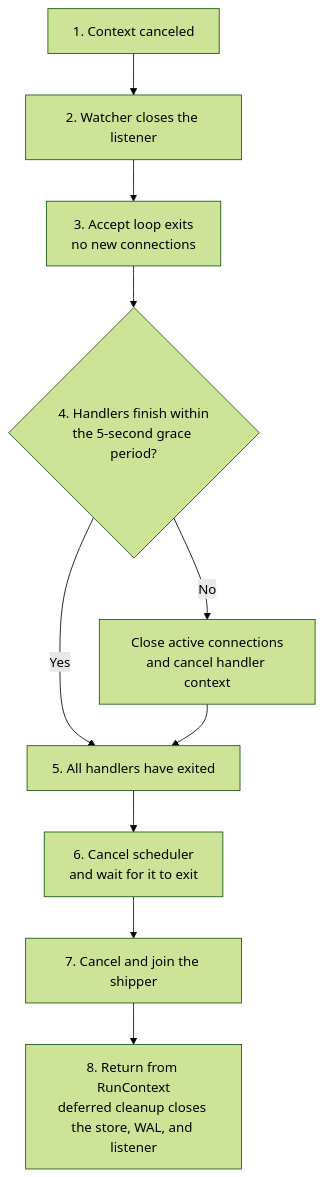
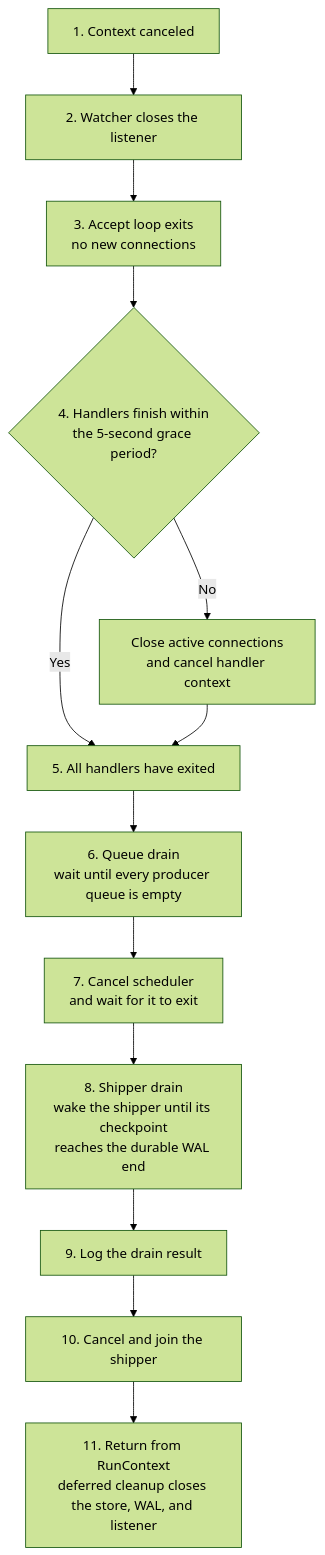
Before and after one commit to PratyushVishal11011/Fairgate: the second of 2 diagrams in docs/server-lifecycle.md, drawn with Mermaid (forest theme). The commit also changed other lines of this file and 18 other files, not shown here.

Commit message:
Explicit queue-drain confirmation on shutdown

````diff
--- a/docs/server-lifecycle.md
+++ b/docs/server-lifecycle.md
@@ -42,12 +43,15 @@
 ```mermaid
 flowchart TD
     A["1. Context canceled"] --> B["2. Watcher closes the listener"]
     B --> C["3. Accept loop exits<br/>no new connections"]
     C --> D{"4. Handlers finish within<br/>the 5-second grace period?"}
     D -->|"Yes"| F["5. All handlers have exited"]
     D -->|"No"| E["Close active connections<br/>and cancel handler context"]
     E --> F
-    F --> G["6. Cancel scheduler<br/>and wait for it to exit"]
-    G --> G2["7. Cancel and join the shipper"]
-    G2 --> H["8. Return from RunContext<br/>deferred cleanup closes the store, WAL, and listener"]
+    F --> Q["6. Queue drain<br/>wait until every producer queue is empty"]
+    Q --> G["7. Cancel scheduler<br/>and wait for it to exit"]
+    G --> S["8. Shipper drain<br/>wake the shipper until its checkpoint<br/>reaches the durable WAL end"]
+    S --> L["9. Log the drain result"]
+    L --> G2["10. Cancel and join the shipper"]
+    G2 --> H["11. Return from RunContext<br/>deferred cleanup closes the store, WAL, and listener"]
 ```
````
